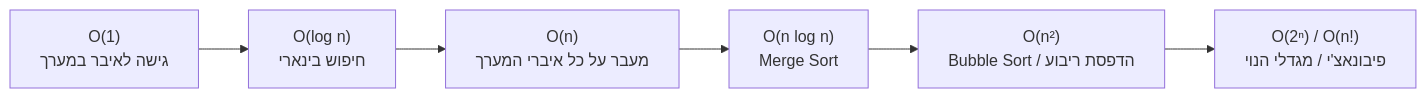
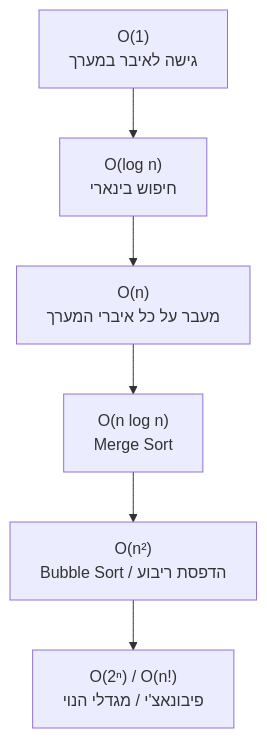
One commit to 3strategy/BeautifulMivney changed the diagram in mivney/1recursionAndComplexity/Chapter2.md. Above: the diagram before and after it, drawn with Mermaid.

Commit message:
sorry. need TD mermaid

```diff
--- a/mivney/1recursionAndComplexity/Chapter2.md
+++ b/mivney/1recursionAndComplexity/Chapter2.md
@@ -73,15 +73,15 @@
 <div class="mermaid">
-graph LR
+graph TD
     O1["O(1)
     גישה לאיבר במערך"] 
     --> Ologn["O(log n)
     חיפוש בינארי"] 
     --> On["O(n)
     מעבר על כל איברי המערך"] 
     --> Onlogn["O(n log n)
     Merge Sort"] 
     --> On2["O(n²)
     Bubble Sort / הדפסת ריבוע"] 
     --> Oexp["O(2ⁿ) / O(n!)
     פיבונאצ'י / מגדלי הנוי"]
 </div>
```
